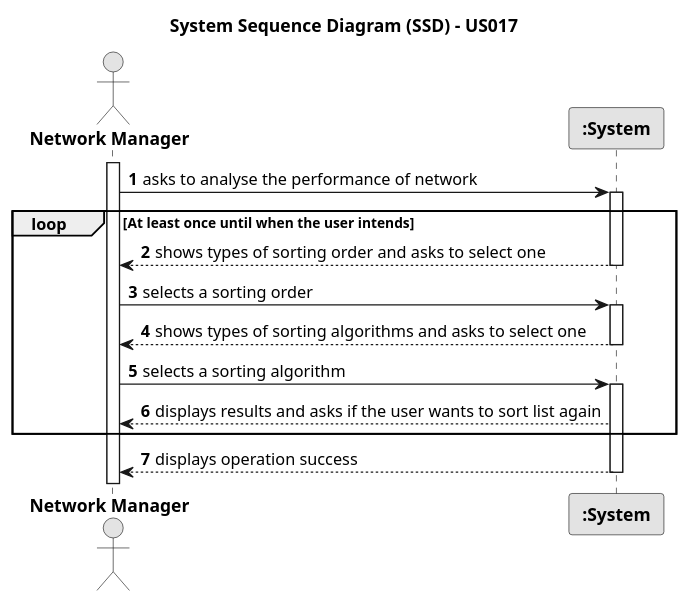
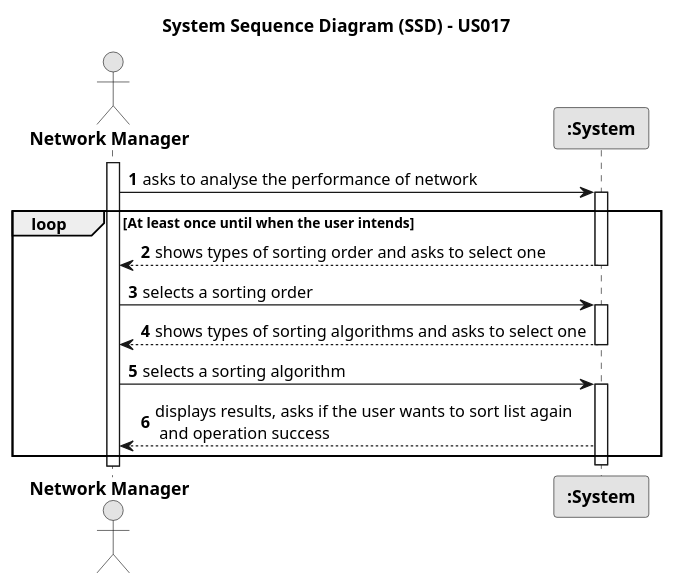
The diagram in docs/sprintD/us017/01.requirements-engineering/puml/us017-system-sequence-diagram.puml (rita-barbosa/LAPR2-2223), drawn with PlantUML before and after one commit. The commit also changed 7 other files, not shown here.

```diff
--- a/docs/sprintD/us017/01.requirements-engineering/puml/us017-system-sequence-diagram.puml
+++ b/docs/sprintD/us017/01.requirements-engineering/puml/us017-system-sequence-diagram.puml
@@ -1,38 +1,36 @@
 @startuml
 skinparam monochrome true
 skinparam packageStyle rectangle
 skinparam shadowing false
 
 title System Sequence Diagram (SSD) - US017
 
 autonumber
 
 actor "<b> Network Manager </b>" as NWM
 participant "<b> :System </b>" as System
 
 activate NWM
 
     NWM -> System : asks to analyse the performance of network
         activate System
 
     loop At least once until when the user intends
 
     System --> NWM : shows types of sorting order and asks to select one
         deactivate System
 
     NWM -> System : selects a sorting order
         activate System
 
     System --> NWM : shows types of sorting algorithms and asks to select one
         deactivate System
 
     NWM -> System : selects a sorting algorithm
     activate System
 
-    System --> NWM : displays results and asks if the user wants to sort list again
+    System --> NWM : displays results, asks if the user wants to sort list again\n and operation success
     end loop
-
-    System --> NWM : displays operation success
     deactivate System
 
 @enduml
```
